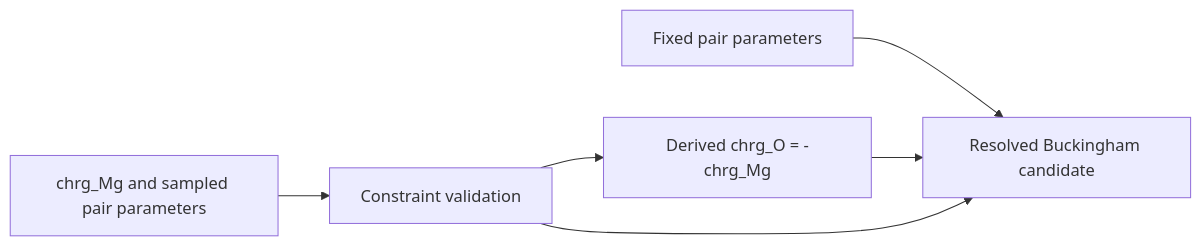
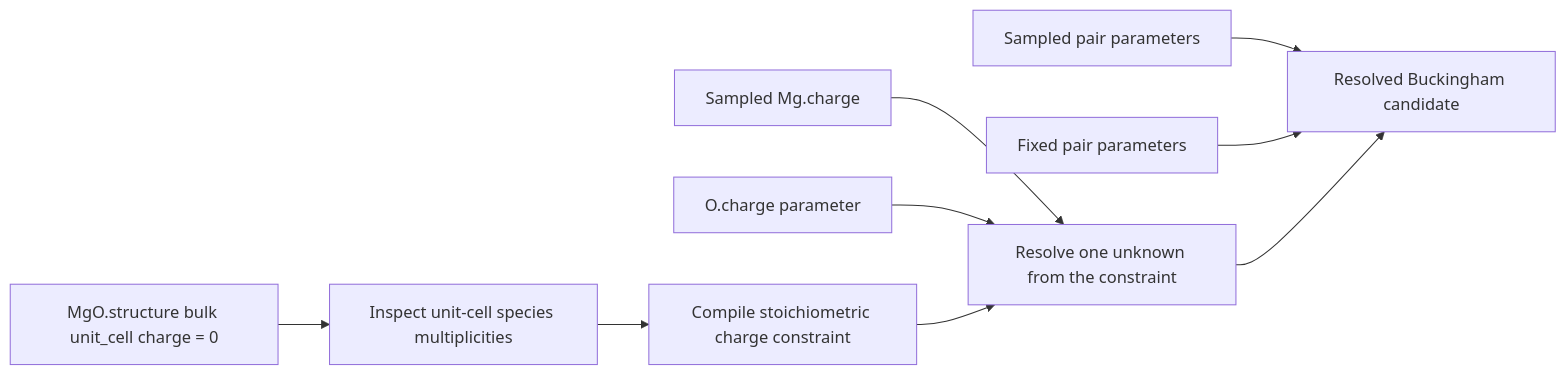
One commit to eragasa/projectkoios-frankenstein changed the third of 6 diagrams in docs/architecture/pypospack-mgo-buckingham.md. Above: the diagram before and after it, drawn with Mermaid. The commit also changed other lines of this file and 385 other files, not shown here.

````diff
--- a/docs/architecture/pypospack-mgo-buckingham.md
+++ b/docs/architecture/pypospack-mgo-buckingham.md
@@ -97,8 +124,11 @@
 ```mermaid
 flowchart LR
-    I[chrg_Mg and sampled pair parameters] --> C[Constraint validation]
-    C --> D[Derived chrg_O = -chrg_Mg]
-    F[Fixed pair parameters] --> R[Resolved Buckingham candidate]
-    D --> R
-    C --> R
+    D[MgO.structure bulk unit_cell charge = 0] --> S[Inspect unit-cell species multiplicities]
+    S --> C[Compile stoichiometric charge constraint]
+    M[Sampled Mg.charge] --> V[Resolve one unknown from the constraint]
+    O[O.charge parameter] --> V
+    C --> V
+    P[Sampled pair parameters] --> R[Resolved Buckingham candidate]
+    F[Fixed pair parameters] --> R
+    V --> R
 ```
````
